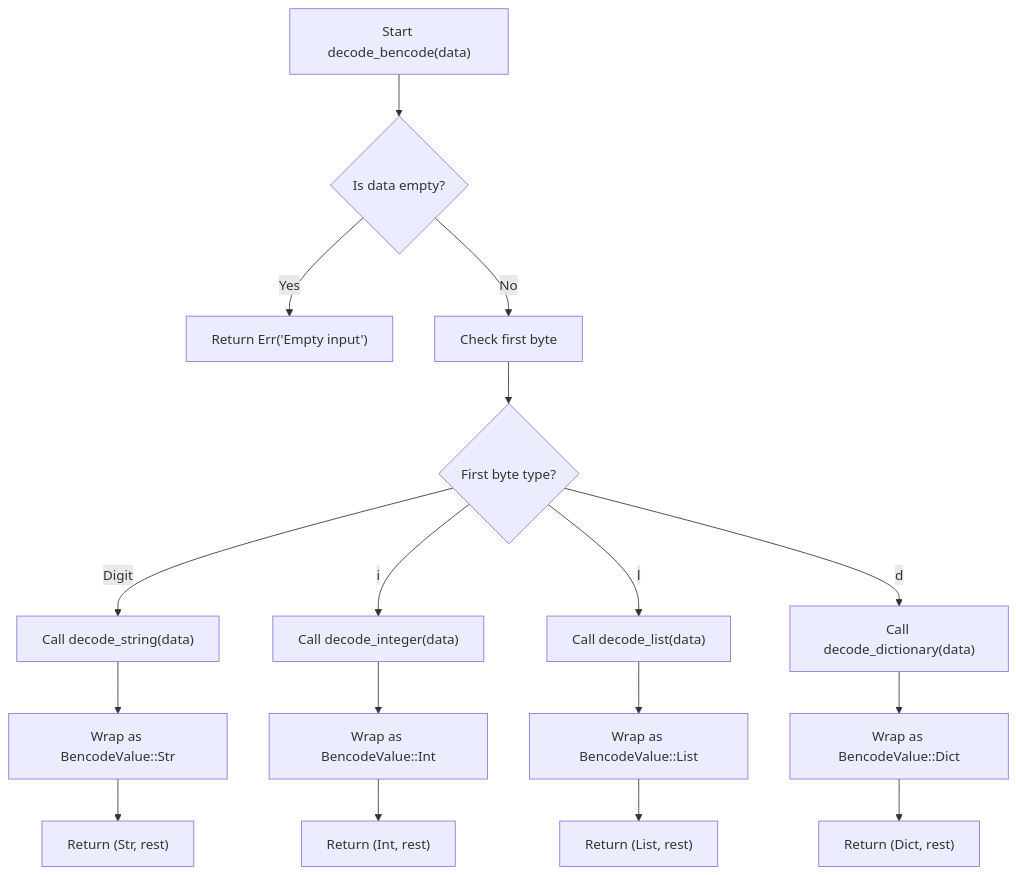
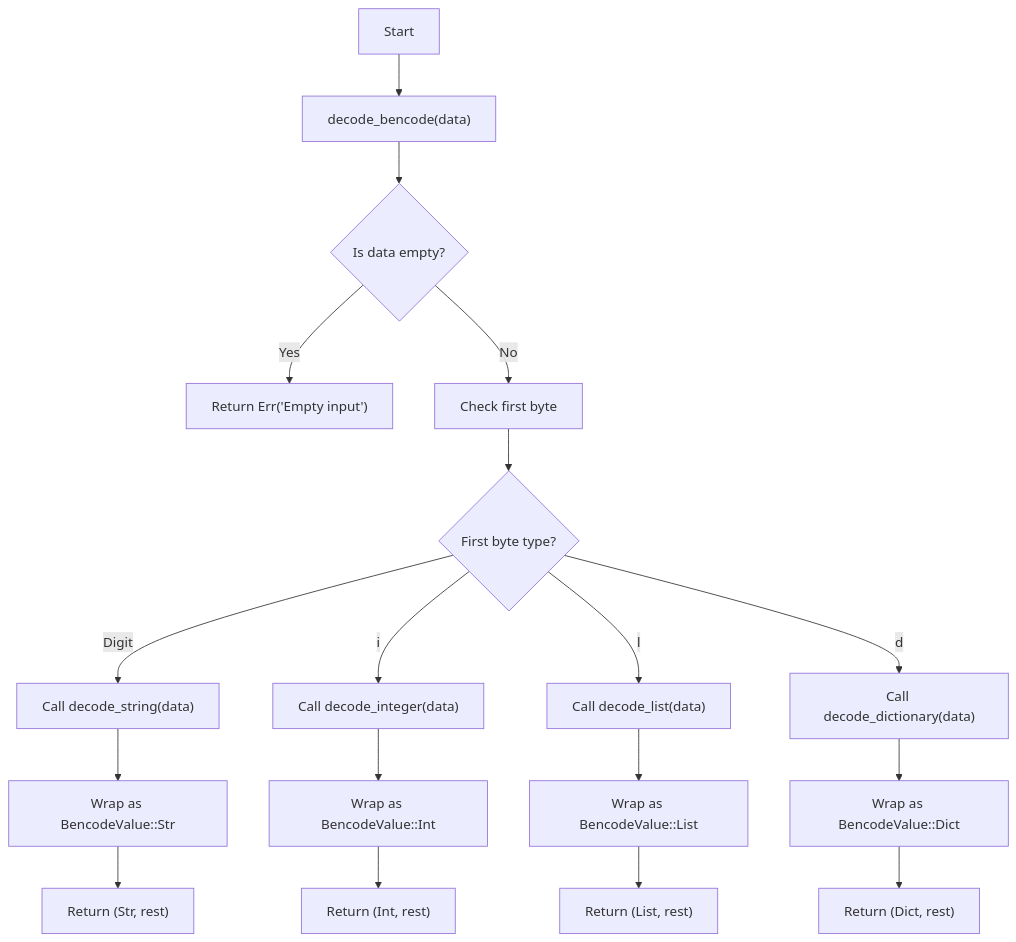
One commit to zarif-ahnaf/bittorrent-rust changed the second of 2 diagrams in docs/src/architecture.md. Above: the diagram before and after it, drawn with Mermaid. The commit also changed other lines of this file and 9 other files, not shown here.

````diff
--- a/docs/src/architecture.md
+++ b/docs/src/architecture.md
@@ -31,27 +33,27 @@
 ```mermaid
 flowchart TD
-    A["Start decode_bencode(data)"] --> B{"Is data empty?"}
+    Start --> A
+    A["decode_bencode(data)"] --> B{"Is data empty?"}
     B -- "Yes" --> C1["Return Err('Empty input')"]
     B -- "No" --> D["Check first byte"]
 
     D --> E1{"First byte type?"}
     E1 -- "Digit" --> F1["Call decode_string(data)"]
     F1 --> G1["Wrap as BencodeValue::Str"]
     G1 --> H1["Return (Str, rest)"]
 
     E1 -- "i" --> F2["Call decode_integer(data)"]
     F2 --> G2["Wrap as BencodeValue::Int"]
     G2 --> H2["Return (Int, rest)"]
 
     E1 -- "l" --> F3["Call decode_list(data)"]
     F3 --> G3["Wrap as BencodeValue::List"]
     G3 --> H3["Return (List, rest)"]
 
     E1 -- "d" --> F4["Call decode_dictionary(data)"]
     F4 --> G4["Wrap as BencodeValue::Dict"]
     G4 --> H4["Return (Dict, rest)"]
 
     %% E1 -- "Other" --> C2["Return Err('Unknown type prefix')"]
 
-
 ```
````
